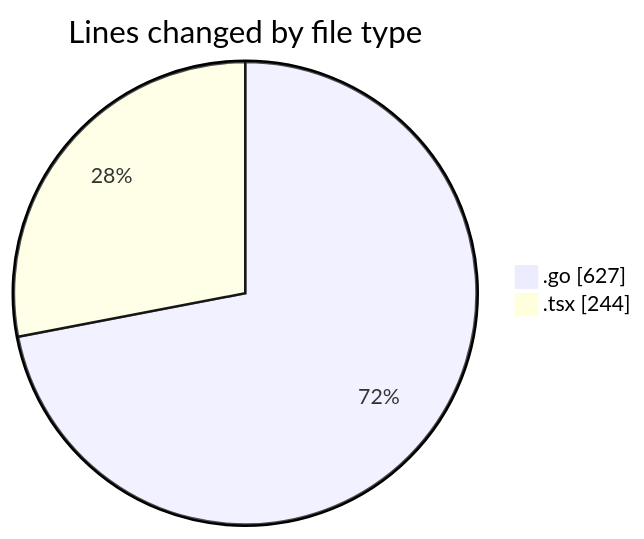
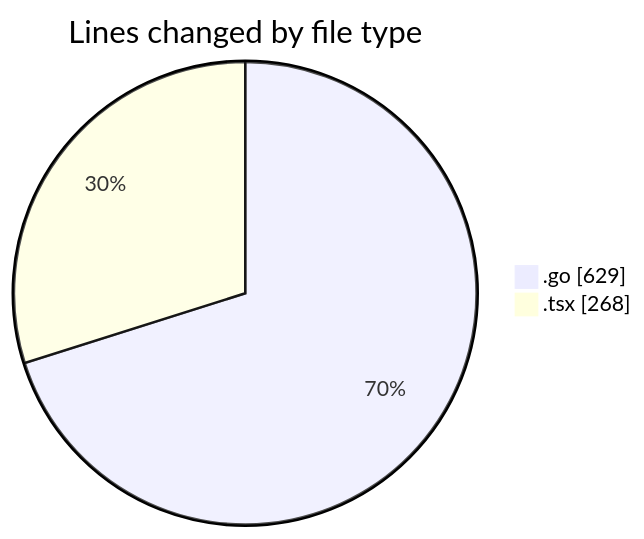
Before and after one commit to robertbonfada/code-tracking: the first of 2 diagrams in 2025-03-01/termonied_testador/README.md, drawn with Mermaid. The commit also changed other lines of this file and 1 other file, not shown here.

````diff
--- a/2025-03-01/termonied_testador/README.md
+++ b/2025-03-01/termonied_testador/README.md
@@ -28,6 +28,6 @@
 ```mermaid
 pie showData
 title Lines changed by file type
-".go" : 627
-".tsx" : 244
+".go" : 629
+".tsx" : 268
 ```
````
